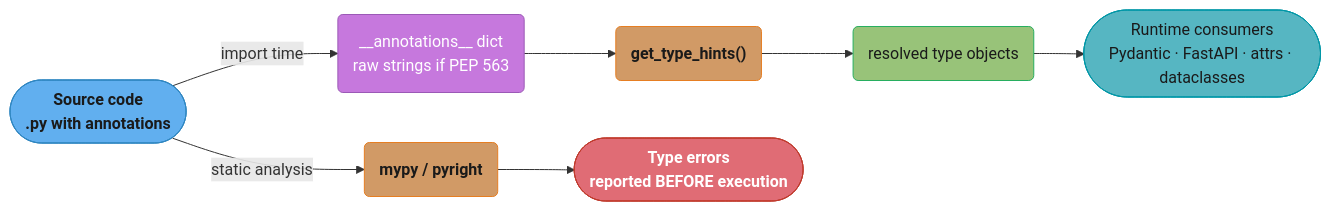
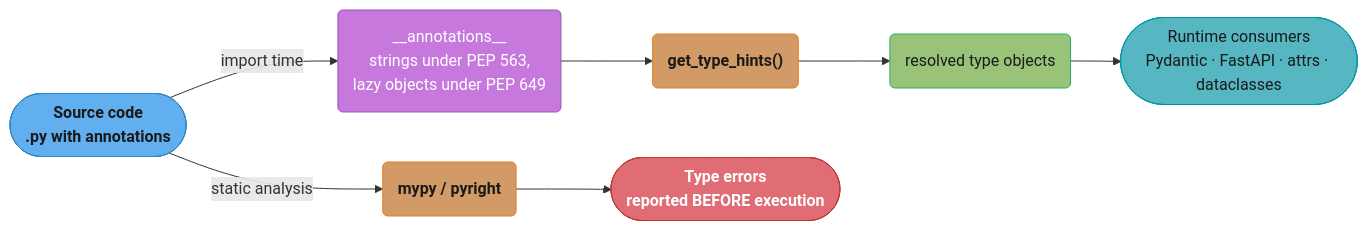
The first of 6 diagrams in src/main/java/com/rutik/systemdesign/python/the_type_system_and_typing/README.md (rppol/system-design), drawn with Mermaid before and after one commit. The commit also changed other lines of this file and 3 other files, not shown here.

````diff
--- a/src/main/java/com/rutik/systemdesign/python/the_type_system_and_typing/README.md
+++ b/src/main/java/com/rutik/systemdesign/python/the_type_system_and_typing/README.md
@@ -197,28 +211,28 @@
 ```mermaid
 flowchart LR
     classDef io      fill:#61afef,stroke:#2e86c1,color:#1a1a1a,font-weight:bold
     classDef frozen  fill:#c678dd,stroke:#9b59b6,color:#fff
     classDef train   fill:#98c379,stroke:#27ae60,color:#1a1a1a
     classDef mathOp  fill:#d19a66,stroke:#e67e22,color:#1a1a1a,font-weight:bold
     classDef lossN   fill:#e06c75,stroke:#c0392b,color:#fff,font-weight:bold
     classDef req     fill:#56b6c2,stroke:#0097a7,color:#1a1a1a
     classDef base    fill:#e5c07b,stroke:#f39c12,color:#1a1a1a
 
     src(["Source code<br/>.py with annotations"])
-    ann("__annotations__ dict<br/>raw strings if PEP 563")
+    ann("__annotations__<br/>strings under PEP 563,<br/>lazy objects under PEP 649")
     gth("get_type_hints()")
     resolved("resolved type objects")
     consumers(["Runtime consumers<br/>Pydantic · FastAPI · attrs · dataclasses"])
     checker("mypy / pyright")
     errors(["Type errors<br/>reported BEFORE execution"])
 
     src -->|"import time"| ann --> gth --> resolved --> consumers
     src -->|"static analysis"| checker --> errors
 
     class src io
     class ann frozen
     class gth,checker mathOp
     class resolved train
     class consumers req
     class errors lossN
 ```
````
